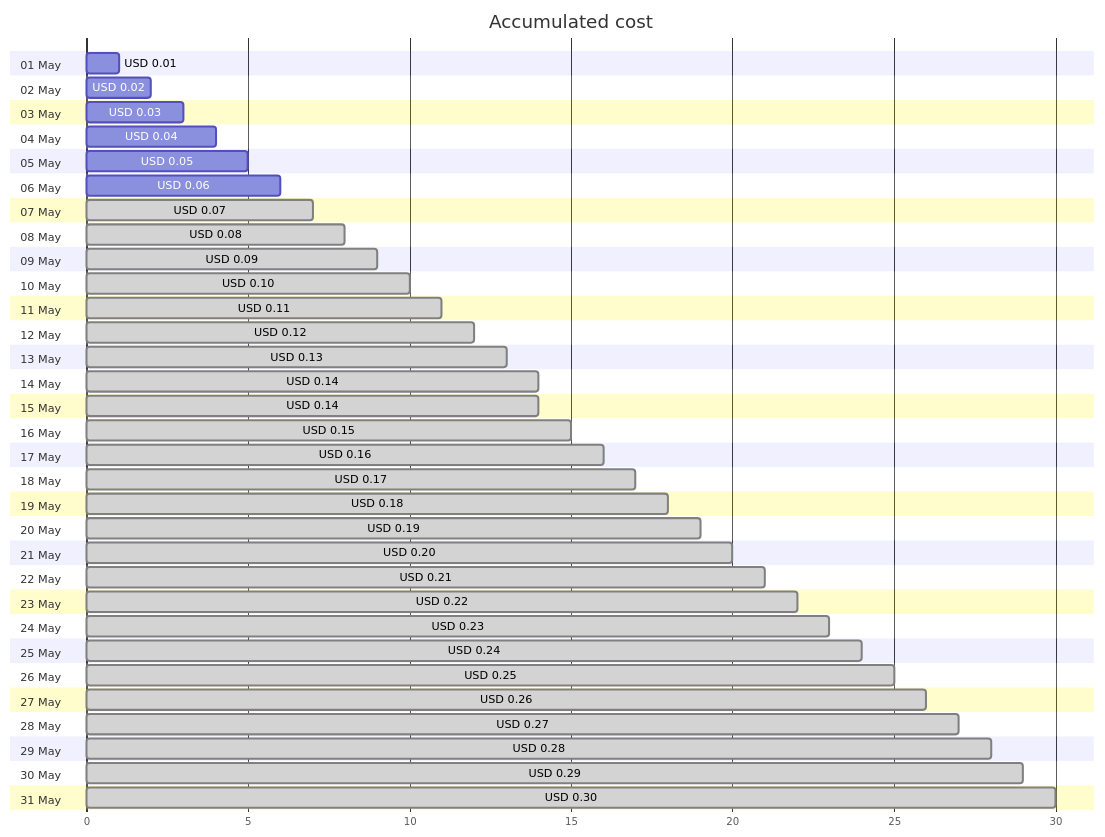
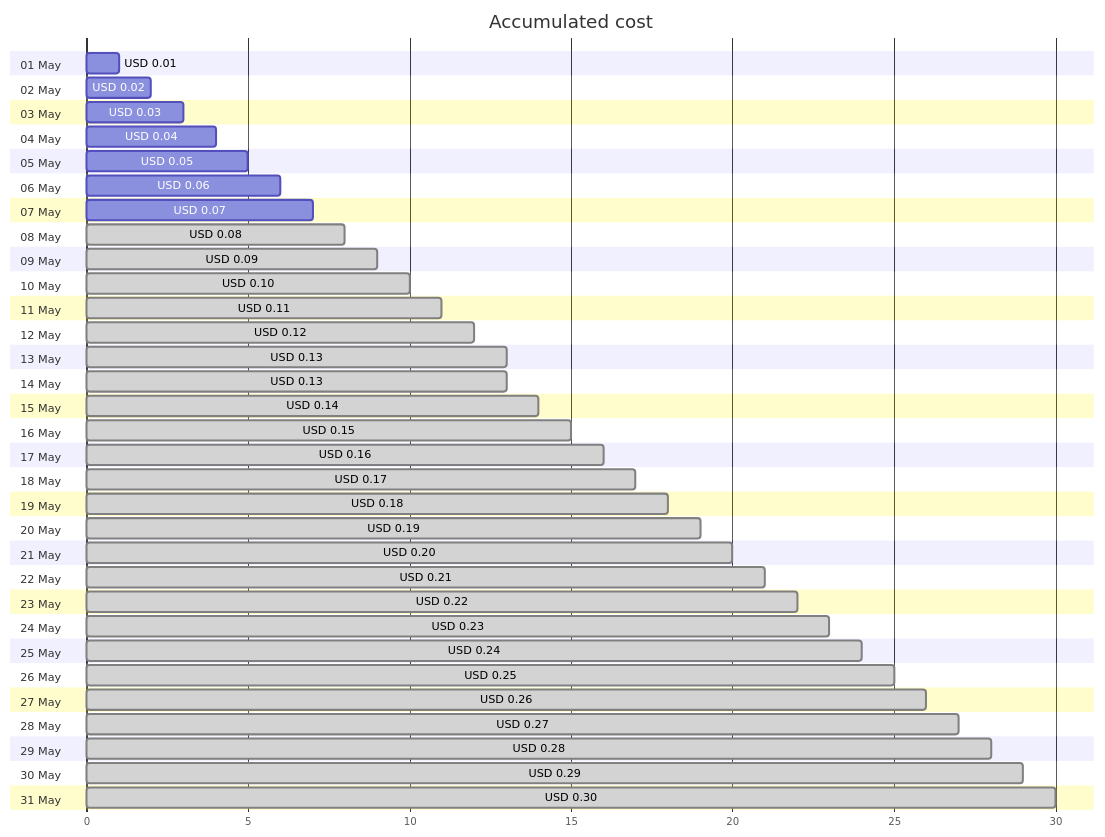
One commit to jpfulton/azure-personal-reports changed the first of 4 diagrams in cost-reports/cloud-shell-storage-eastus/README.md. Above: the diagram before and after it, drawn with Mermaid. The commit also changed other lines of this file and 1 other file, not shown here.

````diff
--- a/cost-reports/cloud-shell-storage-eastus/README.md
+++ b/cost-reports/cloud-shell-storage-eastus/README.md
@@ -20,68 +20,68 @@
 ```mermaid
 gantt
    title Accumulated cost
    dateFormat  X
    axisFormat %s
    section 01 May
    USD 0.01 :0, 1
    section 02 May
    USD 0.02 :0, 2
    section 03 May
    USD 0.03 :0, 3
    section 04 May
    USD 0.04 :0, 4
    section 05 May
    USD 0.05 :0, 5
    section 06 May
    USD 0.06 :0, 6
    section 07 May
-   USD 0.07 : done, 0, 7
+   USD 0.07 :0, 7
    section 08 May
    USD 0.08 : done, 0, 8
    section 09 May
    USD 0.09 : done, 0, 9
    section 10 May
    USD 0.10 : done, 0, 10
    section 11 May
    USD 0.11 : done, 0, 11
    section 12 May
    USD 0.12 : done, 0, 12
    section 13 May
    USD 0.13 : done, 0, 13
    section 14 May
-   USD 0.14 : done, 0, 14
+   USD 0.13 : done, 0, 13
    section 15 May
    USD 0.14 : done, 0, 14
    section 16 May
    USD 0.15 : done, 0, 15
    section 17 May
    USD 0.16 : done, 0, 16
    section 18 May
    USD 0.17 : done, 0, 17
    section 19 May
    USD 0.18 : done, 0, 18
    section 20 May
    USD 0.19 : done, 0, 19
    section 21 May
    USD 0.20 : done, 0, 20
    section 22 May
    USD 0.21 : done, 0, 21
    section 23 May
    USD 0.22 : done, 0, 22
    section 24 May
    USD 0.23 : done, 0, 23
    section 25 May
    USD 0.24 : done, 0, 24
    section 26 May
    USD 0.25 : done, 0, 25
    section 27 May
    USD 0.26 : done, 0, 26
    section 28 May
    USD 0.27 : done, 0, 27
    section 29 May
    USD 0.28 : done, 0, 28
    section 30 May
    USD 0.29 : done, 0, 29
    section 31 May
    USD 0.30 : done, 0, 30
 ```
````
